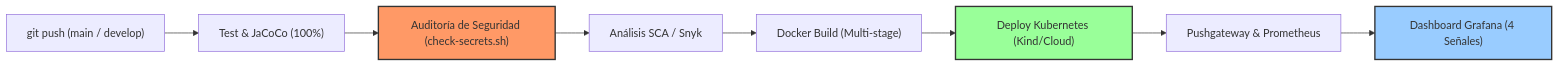
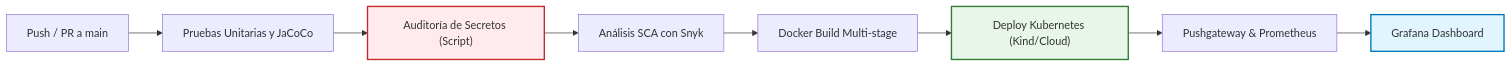
One commit to cristopher43/pagos-svc changed the diagram in docs/decisiones-tecnicas.md. Above: the diagram before and after it, drawn with Mermaid. The commit also changed other lines of this file and 1 other file, not shown here.

Commit message:
docs: actualizar decisiones tecnicas y evidencias de freno con estilo tecnico conciso

````diff
--- a/docs/decisiones-tecnicas.md
+++ b/docs/decisiones-tecnicas.md
@@ -11,14 +13,14 @@
 ```mermaid
 flowchart LR
-    A["git push (main / develop)"] --> B["Test & JaCoCo (100%)"]
-    B --> C["Auditoría de Seguridad (check-secrets.sh)"]
-    C --> D["Análisis SCA / Snyk"]
-    D --> E["Docker Build (Multi-stage)"]
+    A["Push / PR a main"] --> B["Pruebas Unitarias y JaCoCo"]
+    B --> C["Auditoría de Secretos (Script)"]
+    C --> D["Análisis SCA con Snyk"]
+    D --> E["Docker Build Multi-stage"]
     E --> F["Deploy Kubernetes (Kind/Cloud)"]
     F --> G["Pushgateway & Prometheus"]
-    G --> H["Dashboard Grafana (4 Señales)"]
+    G --> H["Grafana Dashboard"]
 
-    style C fill:#f96,stroke:#333,stroke-width:2px
-    style F fill:#9f9,stroke:#333,stroke-width:2px
-    style H fill:#9cf,stroke:#333,stroke-width:2px
+    style C fill:#ffebee,stroke:#c62828,stroke-width:2px
+    style F fill:#e8f5e9,stroke:#2e7d32,stroke-width:2px
+    style H fill:#e1f5fe,stroke:#0277bd,stroke-width:2px
 ```
````
